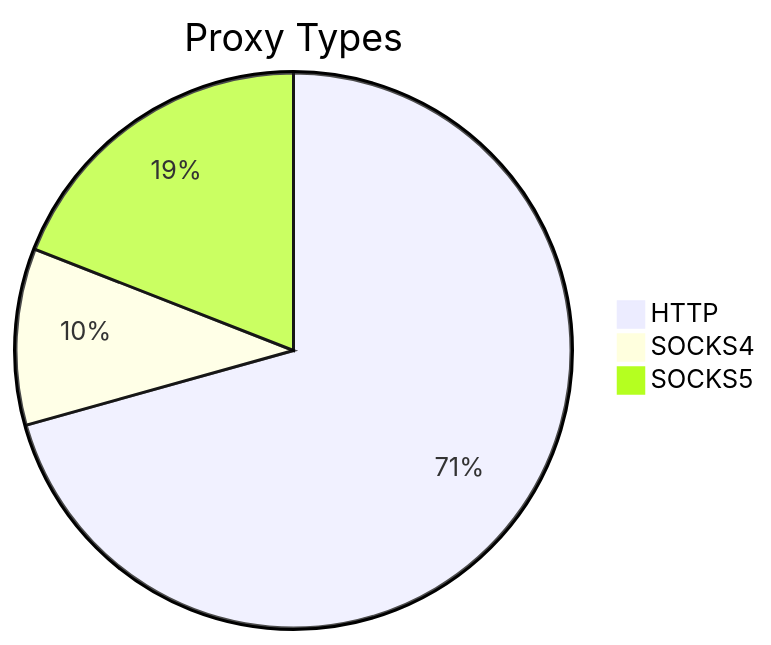
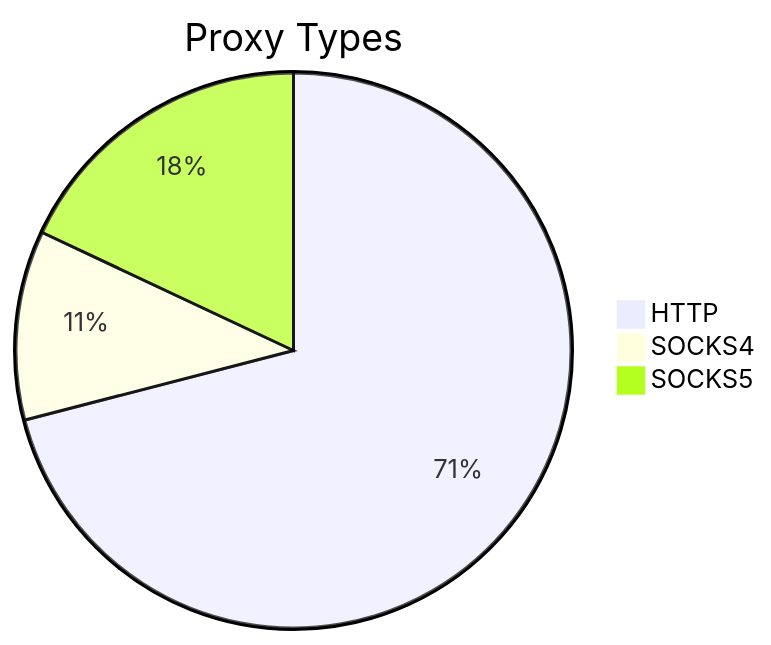
The first of 2 diagrams in README.md (stormsia/proxy-list), drawn with Mermaid before and after one commit. The commit also changed other lines of this file, not shown here.

````diff
--- a/README.md
+++ b/README.md
@@ -21,6 +21,6 @@
 ```mermaid
 pie title Proxy Types
-    "HTTP" : 330
-    "SOCKS4" : 48
-    "SOCKS5" : 89
+    "HTTP" : 264
+    "SOCKS4" : 41
+    "SOCKS5" : 67
 ```
````
